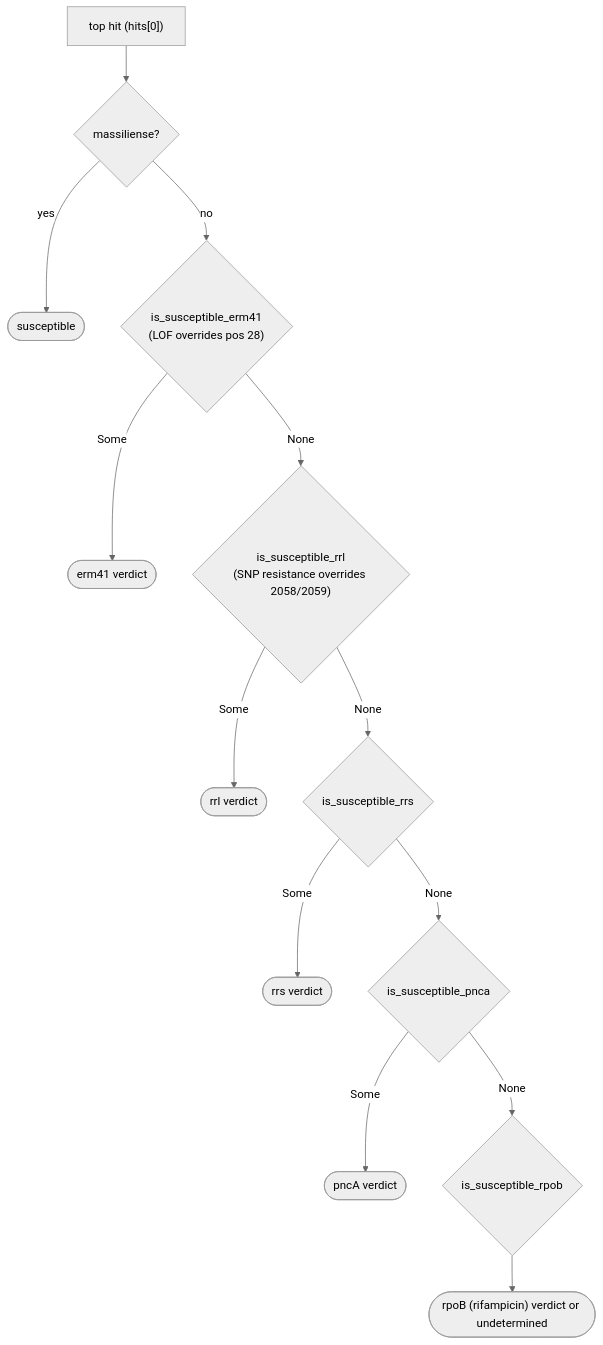
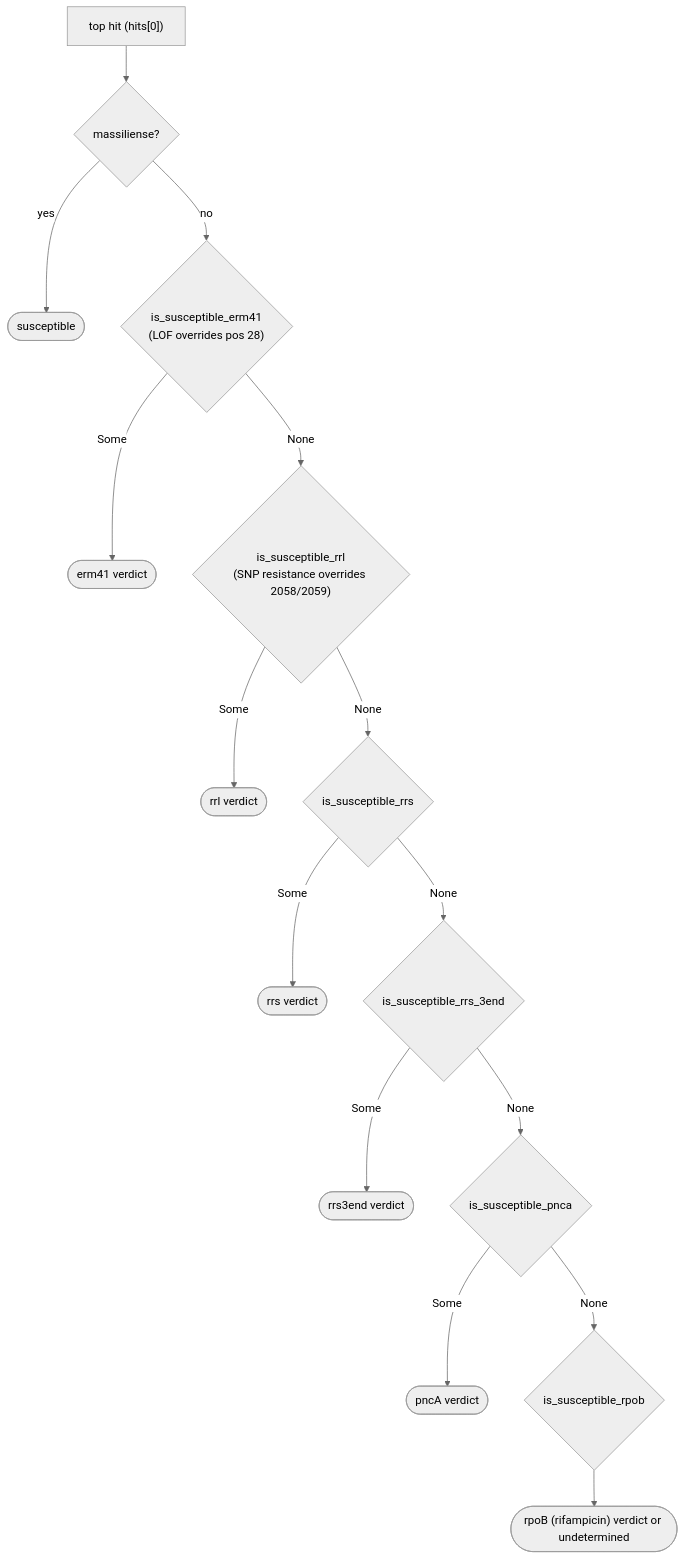
Before and after one commit to michaelmeuli/cosmic-files: the fifth of 6 diagrams in src/sequencing/README.md, drawn with Mermaid (neutral theme). The commit also changed other lines of this file and 7 other files, not shown here.

````diff
--- a/src/sequencing/README.md
+++ b/src/sequencing/README.md
@@ -258,15 +270,17 @@
 ```mermaid
 flowchart TD
     H["top hit (hits[0])"] --> M{"massiliense?"}
     M -- yes --> SUSC(["susceptible"])
     M -- no --> E{"is_susceptible_erm41<br/>(LOF overrides pos 28)"}
     E -- Some --> OUT1(["erm41 verdict"])
     E -- None --> R{"is_susceptible_rrl<br/>(SNP resistance overrides 2058/2059)"}
     R -- Some --> OUT2(["rrl verdict"])
     R -- None --> S{"is_susceptible_rrs"}
     S -- Some --> OUT3(["rrs verdict"])
-    S -- None --> P{"is_susceptible_pnca"}
+    S -- None --> S3{"is_susceptible_rrs_3end"}
+    S3 -- Some --> OUT3E(["rrs3end verdict"])
+    S3 -- None --> P{"is_susceptible_pnca"}
     P -- Some --> OUT4(["pncA verdict"])
     P -- None --> RB{"is_susceptible_rpob"}
     RB --> OUT5(["rpoB (rifampicin) verdict or undetermined"])
 ```
````
